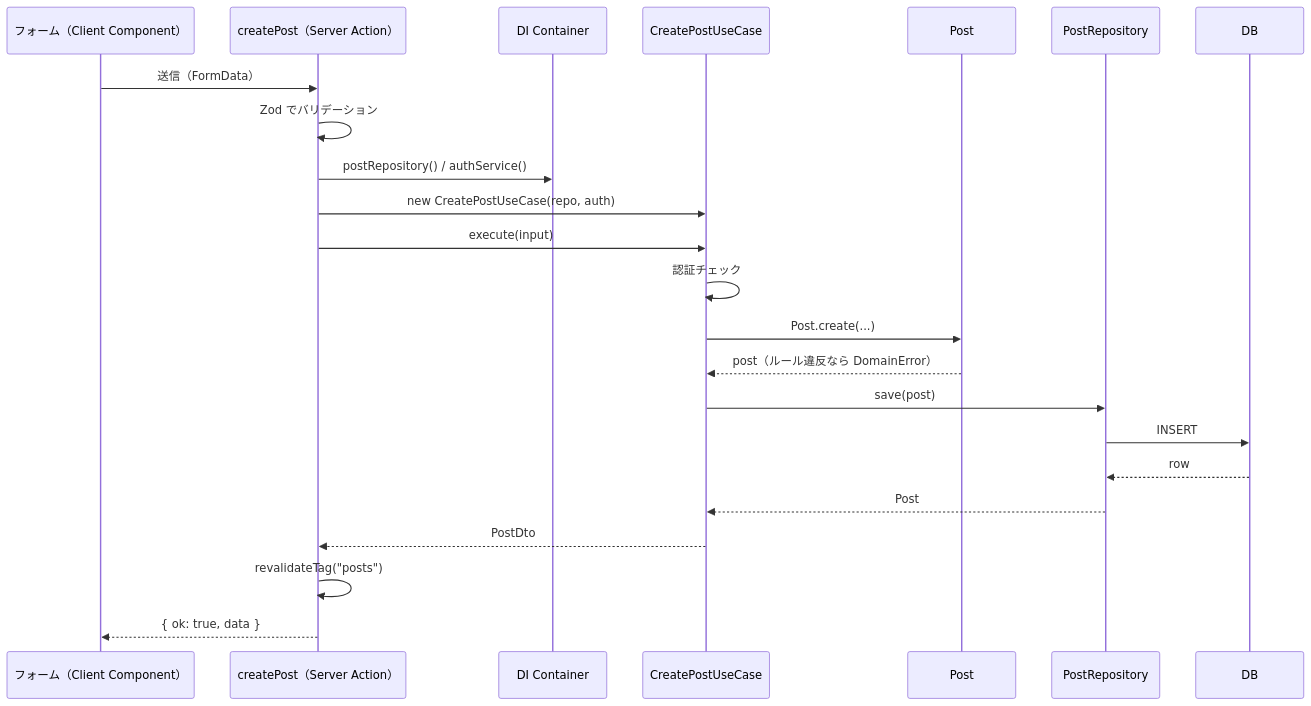
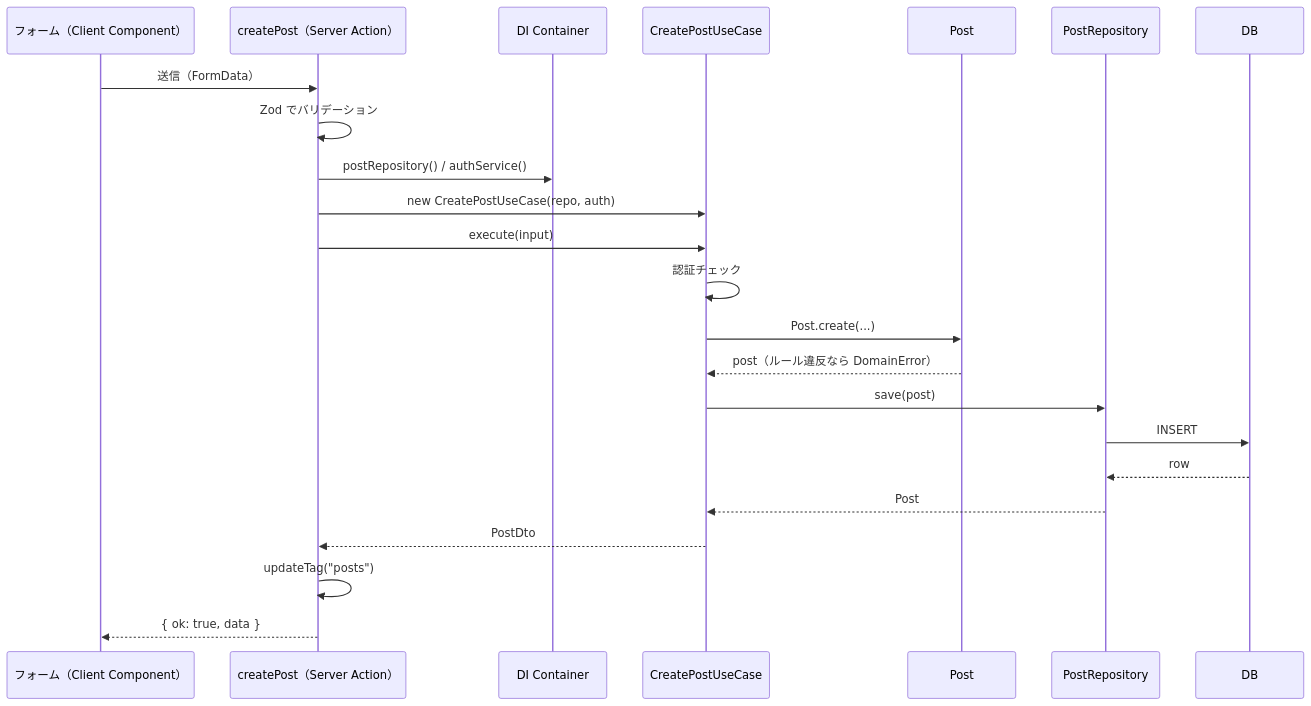
One commit to m-eiichi/next-dev-env changed the fourth of 4 diagrams in docs/01_全体設計/06_アーキテクチャ.md. Above: the diagram before and after it, drawn with Mermaid. The commit also changed other lines of this file and 74 other files, not shown here.

````diff
--- a/docs/01_全体設計/06_アーキテクチャ.md
+++ b/docs/01_全体設計/06_アーキテクチャ.md
@@ -708,26 +827,26 @@
 ```mermaid
 sequenceDiagram
     participant Form as フォーム（Client Component）
     participant Action as createPost（Server Action）
     participant Container as DI Container
     participant UC as CreatePostUseCase
     participant Entity as Post
     participant Repo as PostRepository
     participant DB as DB
 
     Form->>Action: 送信（FormData）
     Action->>Action: Zod でバリデーション
     Action->>Container: postRepository() / authService()
     Action->>UC: new CreatePostUseCase(repo, auth)
     Action->>UC: execute(input)
     UC->>UC: 認証チェック
     UC->>Entity: Post.create(...)
     Entity-->>UC: post（ルール違反なら DomainError）
     UC->>Repo: save(post)
     Repo->>DB: INSERT
     DB-->>Repo: row
     Repo-->>UC: Post
     UC-->>Action: PostDto
-    Action->>Action: revalidateTag("posts")
+    Action->>Action: updateTag("posts")
     Action-->>Form: { ok: true, data }
 ```
````
